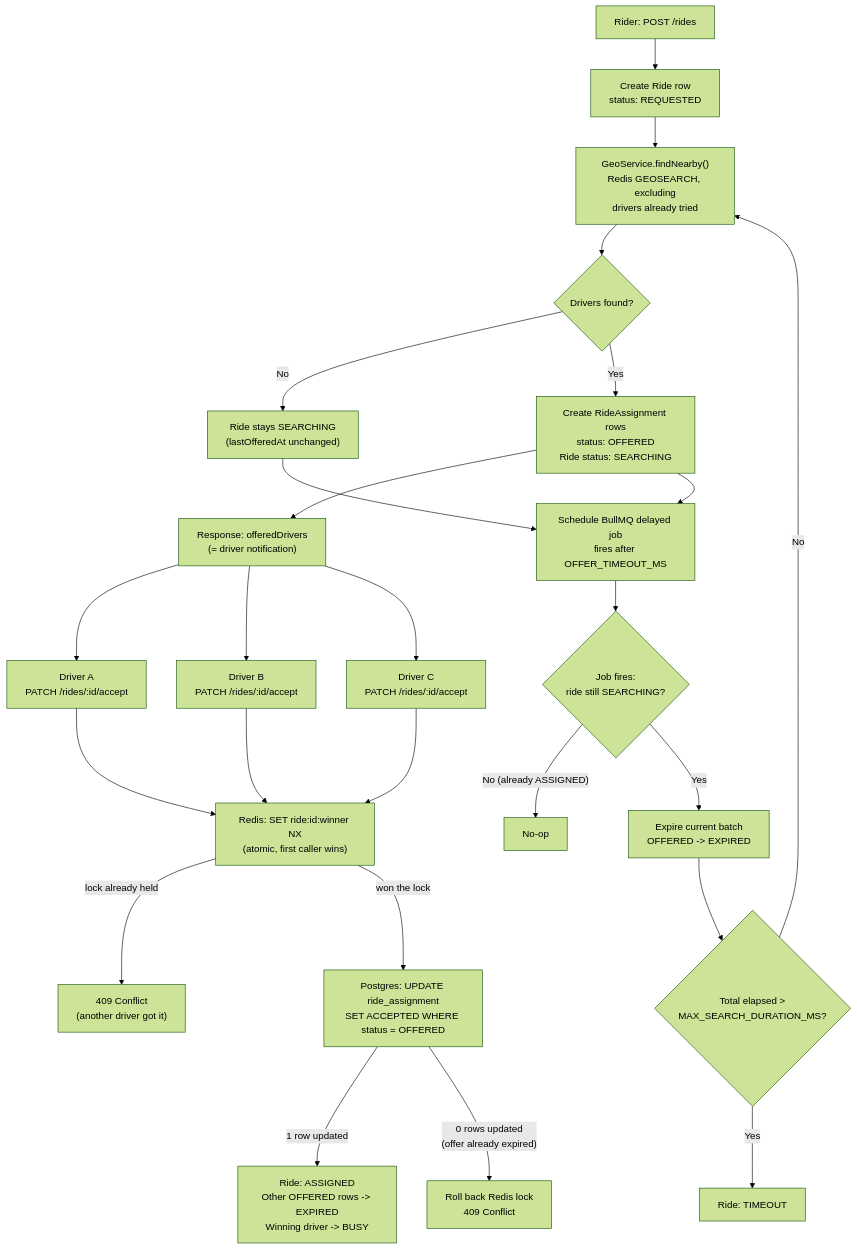
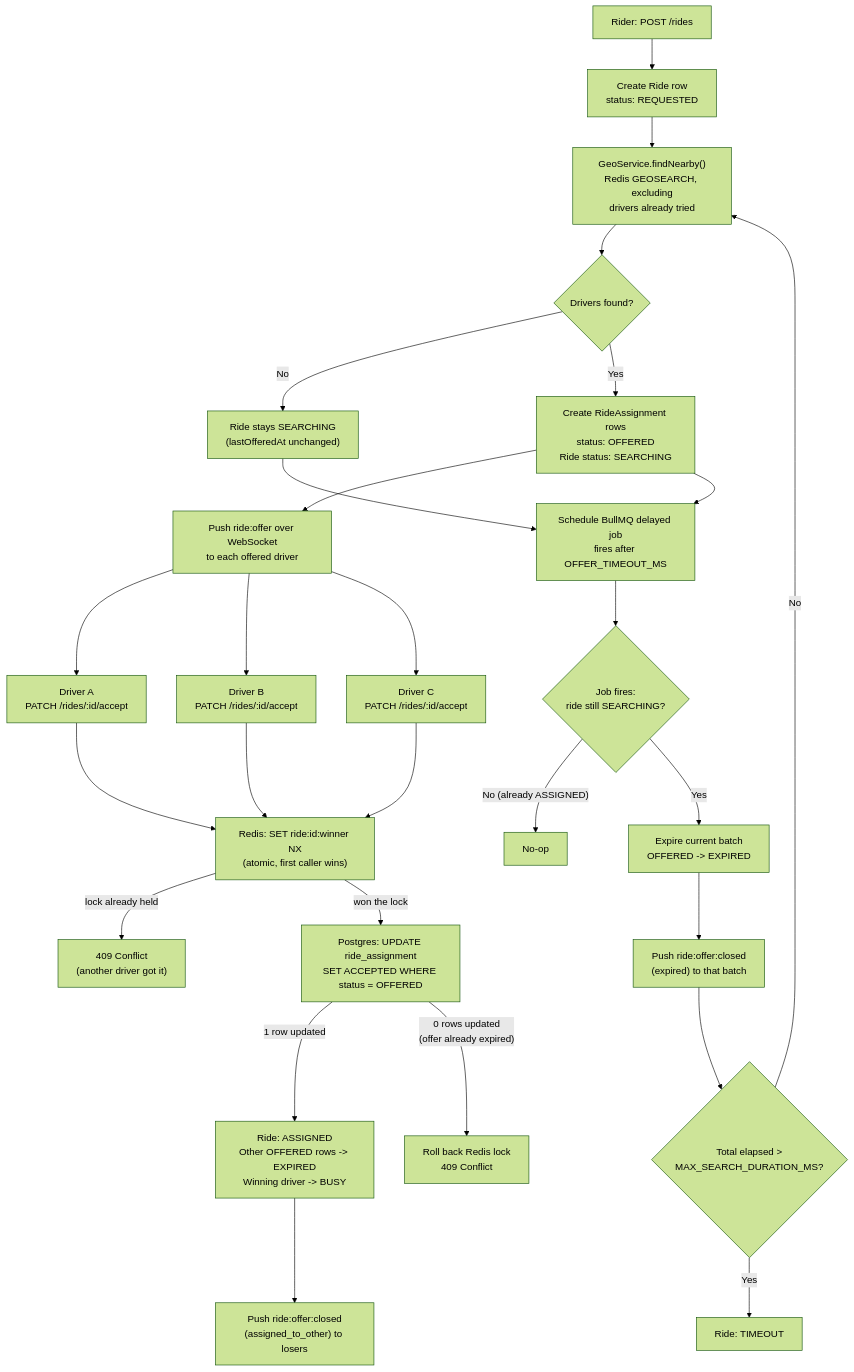
One commit to Nymee/real-time-driver-allocation changed the diagram in README.md. Above: the diagram before and after it, drawn with Mermaid (forest theme). The commit also changed other lines of this file and 6 other files, not shown here.

````diff
--- a/README.md
+++ b/README.md
@@ -17,29 +24,31 @@
 ```mermaid
 flowchart TD
     A["Rider: POST /rides"] --> B["Create Ride row\nstatus: REQUESTED"]
     B --> C["GeoService.findNearby()\nRedis GEOSEARCH, excluding\ndrivers already tried"]
     C --> D{"Drivers found?"}
     D -- "No" --> E["Ride stays SEARCHING\n(lastOfferedAt unchanged)"]
     D -- "Yes" --> F["Create RideAssignment rows\nstatus: OFFERED\nRide status: SEARCHING"]
-    F --> G["Response: offeredDrivers\n(= driver notification)"]
+    F --> G["Push ride:offer over WebSocket\nto each offered driver"]
     F --> H["Schedule BullMQ delayed job\nfires after OFFER_TIMEOUT_MS"]
     E --> H
 
     G --> I["Driver A\nPATCH /rides/:id/accept"]
     G --> J["Driver B\nPATCH /rides/:id/accept"]
     G --> K["Driver C\nPATCH /rides/:id/accept"]
 
     I & J & K --> L["Redis: SET ride:id:winner NX\n(atomic, first caller wins)"]
     L -- "lock already held" --> N["409 Conflict\n(another driver got it)"]
     L -- "won the lock" --> M["Postgres: UPDATE ride_assignment\nSET ACCEPTED WHERE status = OFFERED"]
 
     M -- "1 row updated" --> O["Ride: ASSIGNED\nOther OFFERED rows -> EXPIRED\nWinning driver -> BUSY"]
+    O --> O2["Push ride:offer:closed\n(assigned_to_other) to losers"]
     M -- "0 rows updated\n(offer already expired)" --> P["Roll back Redis lock\n409 Conflict"]
 
     H --> Q{"Job fires:\nride still SEARCHING?"}
     Q -- "No (already ASSIGNED)" --> R["No-op"]
     Q -- "Yes" --> S["Expire current batch\nOFFERED -> EXPIRED"]
-    S --> T{"Total elapsed >\nMAX_SEARCH_DURATION_MS?"}
+    S --> S2["Push ride:offer:closed\n(expired) to that batch"]
+    S2 --> T{"Total elapsed >\nMAX_SEARCH_DURATION_MS?"}
     T -- "Yes" --> U["Ride: TIMEOUT"]
     T -- "No" --> C
 ```
````
